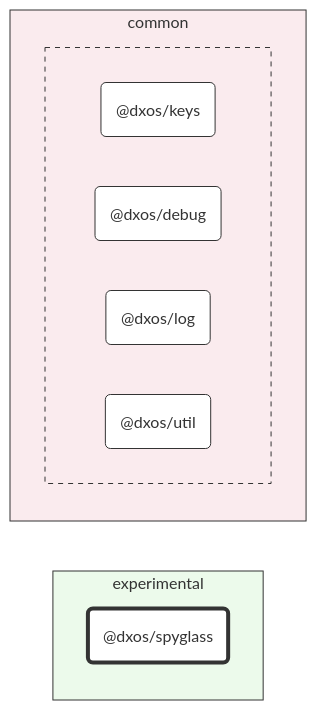
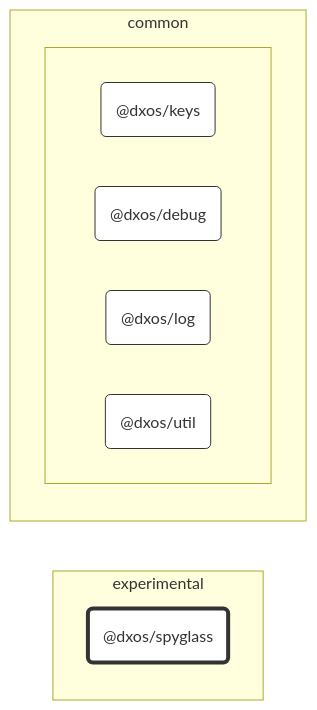
The diagram in packages/experimental/spyglass/docs/README.md (dxos/dxos), drawn with Mermaid before and after one commit. The commit also changed 80 other files, not shown here.

````diff
--- a/packages/experimental/spyglass/docs/README.md
+++ b/packages/experimental/spyglass/docs/README.md
@@ -7,36 +7,33 @@
 ```mermaid
 %%{ init: {'flowchart':{'curve':'basis'}} }%%
 
 flowchart LR
 
 %% Classes
 classDef def fill:#fff,stroke:#333,stroke-width:1px
 classDef root fill:#fff,stroke:#333,stroke-width:4px
 
 %% Nodes
 
 subgraph experimental [experimental]
-  style experimental fill:#ecfaeb,stroke:#333
   dxos/spyglass("@dxos/spyglass"):::root
   click dxos/spyglass "dxos/dxos/tree/main/packages/experimental/spyglass/docs"
 end
 
 subgraph common [common]
-  style common fill:#faebee,stroke:#333
 
   subgraph _ [ ]
-    style _ fill:#faebee,stroke:#333,stroke-dasharray:5 5
     dxos/keys("@dxos/keys"):::def
     click dxos/keys "dxos/dxos/tree/main/packages/common/keys/docs"
     dxos/debug("@dxos/debug"):::def
     click dxos/debug "dxos/dxos/tree/main/packages/common/debug/docs"
     dxos/log("@dxos/log"):::def
     click dxos/log "dxos/dxos/tree/main/packages/common/log/docs"
     dxos/util("@dxos/util"):::def
     click dxos/util "dxos/dxos/tree/main/packages/common/util/docs"
   end
 end
 
 %% Links
 linkStyle default stroke:#333,stroke-width:1px
 ```
````
